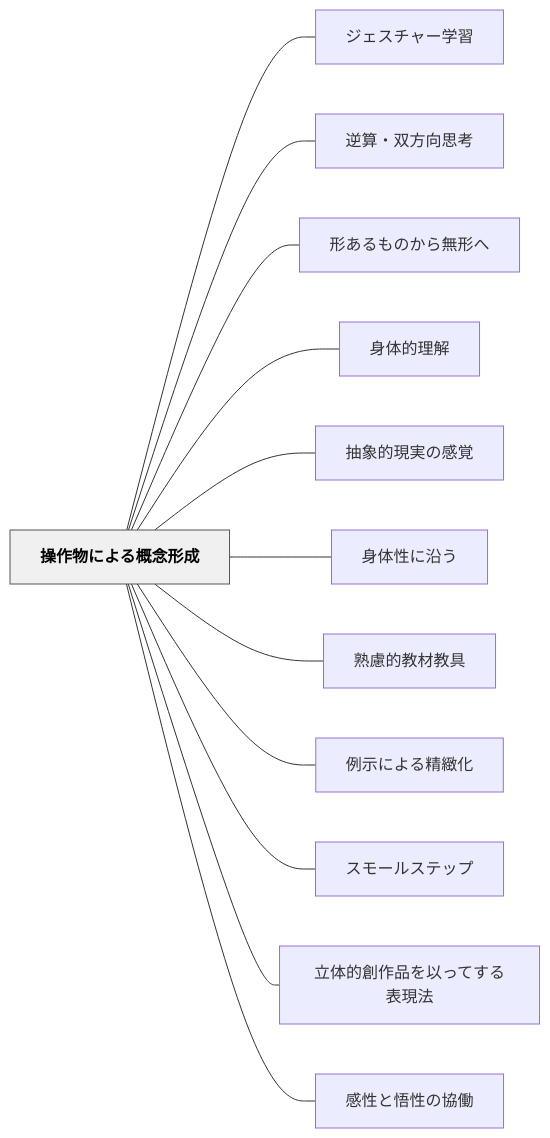
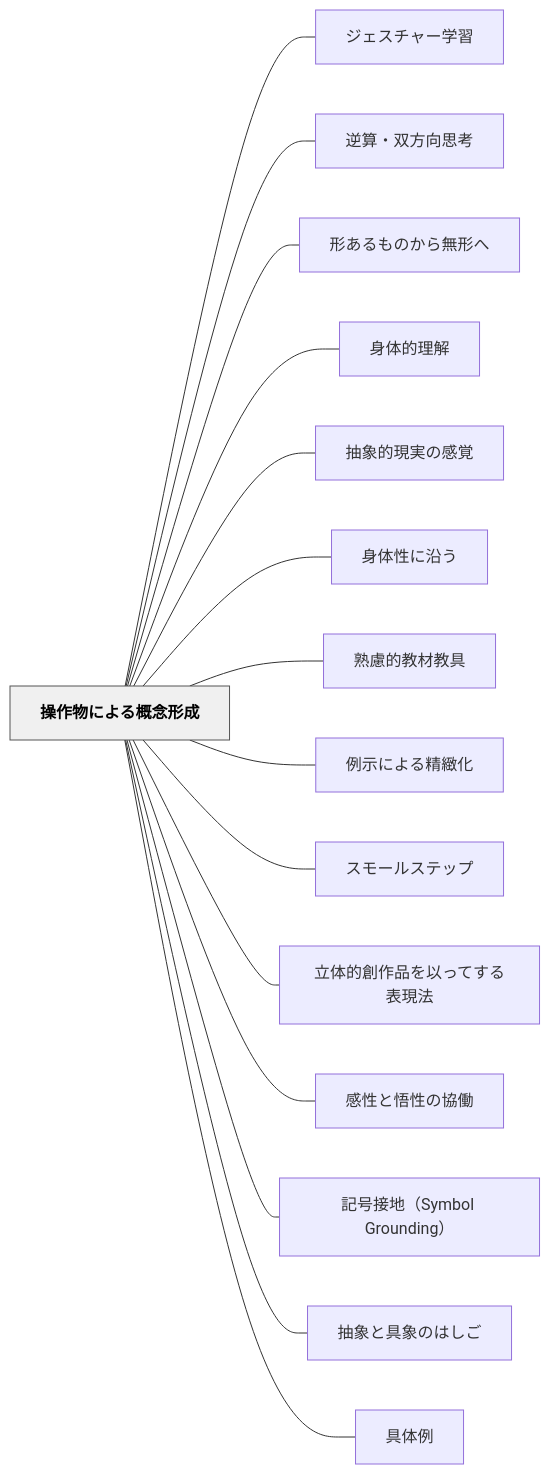
The diagram in content/パタン/操作物による概念形成.md (unknownthings-ed-patterns/unknownthings-ed-patterns), drawn with Mermaid before and after one commit. The commit also changed other lines of this file, not shown here.

````diff
--- a/content/パタン/操作物による概念形成.md
+++ b/content/パタン/操作物による概念形成.md
@@ -51,30 +58,36 @@
 ```mermaid
 flowchart LR
     ne6938de4bd9ce789a9e381abe38288e3828be6a682e5bfb5e5bda2e68890["操作物による概念形成"]
     ne382b8e382a7e382b9e38381e383a3e383bce5ada6e7bf92["ジェスチャー学習"]
     ne98086e7ae97e383bbe58f8ce696b9e59091e6809de88083["逆算・双方向思考"]
     ne5bda2e38182e3828be38282e381aee3818be38289e784a1e5bda2e381b8["形あるものから無形へ"]
     ne8baabe4bd93e79a84e79086e8a7a3["身体的理解"]
     ne68abde8b1a1e79a84e78fbee5ae9fe381aee6849fe8a69a["抽象的現実の感覚"]
     ne8baabe4bd93e680a7e381abe6b2bfe38186["身体性に沿う"]
     ne7869fe685aee79a84e69599e69d90e69599e585b7["熟慮的教材教具"]
     ne4be8be7a4bae381abe38288e3828be7b2bee7b7bbe58c96["例示による精緻化"]
     ne382b9e383a2e383bce383abe382b9e38386e38383e38397["スモールステップ"]
     ne7ab8be4bd93e79a84e589b5e4bd9ce59381e38292e4bba5e381a3e381a6e38199e3828be8a1a8e78fbee6b395["立体的創作品を以ってする表現法"]
     ne6849fe680a7e381a8e6829fe680a7e381aee58d94e5838d["感性と悟性の協働"]
+    ne8a898e58fb7e68ea5e59cb0efbc8853796d626f6c2047726f756e64696e67efbc89["記号接地（Symbol Grounding）"]
+    ne68abde8b1a1e381a8e585b7e8b1a1e381aee381afe38197e38194["抽象と具象のはしご"]
+    ne585b7e4bd93e4be8b["具体例"]
 
     ne6938de4bd9ce789a9e381abe38288e3828be6a682e5bfb5e5bda2e68890 --- ne382b8e382a7e382b9e38381e383a3e383bce5ada6e7bf92
     ne6938de4bd9ce789a9e381abe38288e3828be6a682e5bfb5e5bda2e68890 --- ne98086e7ae97e383bbe58f8ce696b9e59091e6809de88083
     ne6938de4bd9ce789a9e381abe38288e3828be6a682e5bfb5e5bda2e68890 --- ne5bda2e38182e3828be38282e381aee3818be38289e784a1e5bda2e381b8
     ne6938de4bd9ce789a9e381abe38288e3828be6a682e5bfb5e5bda2e68890 --- ne8baabe4bd93e79a84e79086e8a7a3
     ne6938de4bd9ce789a9e381abe38288e3828be6a682e5bfb5e5bda2e68890 --- ne68abde8b1a1e79a84e78fbee5ae9fe381aee6849fe8a69a
     ne6938de4bd9ce789a9e381abe38288e3828be6a682e5bfb5e5bda2e68890 --- ne8baabe4bd93e680a7e381abe6b2bfe38186
     ne6938de4bd9ce789a9e381abe38288e3828be6a682e5bfb5e5bda2e68890 --- ne7869fe685aee79a84e69599e69d90e69599e585b7
     ne6938de4bd9ce789a9e381abe38288e3828be6a682e5bfb5e5bda2e68890 --- ne4be8be7a4bae381abe38288e3828be7b2bee7b7bbe58c96
     ne6938de4bd9ce789a9e381abe38288e3828be6a682e5bfb5e5bda2e68890 --- ne382b9e383a2e383bce383abe382b9e38386e38383e38397
     ne6938de4bd9ce789a9e381abe38288e3828be6a682e5bfb5e5bda2e68890 --- ne7ab8be4bd93e79a84e589b5e4bd9ce59381e38292e4bba5e381a3e381a6e38199e3828be8a1a8e78fbee6b395
     ne6938de4bd9ce789a9e381abe38288e3828be6a682e5bfb5e5bda2e68890 --- ne6849fe680a7e381a8e6829fe680a7e381aee58d94e5838d
+    ne6938de4bd9ce789a9e381abe38288e3828be6a682e5bfb5e5bda2e68890 --- ne8a898e58fb7e68ea5e59cb0efbc8853796d626f6c2047726f756e64696e67efbc89
+    ne6938de4bd9ce789a9e381abe38288e3828be6a682e5bfb5e5bda2e68890 --- ne68abde8b1a1e381a8e585b7e8b1a1e381aee381afe38197e38194
+    ne6938de4bd9ce789a9e381abe38288e3828be6a682e5bfb5e5bda2e68890 --- ne585b7e4bd93e4be8b
 
     classDef hub fill:#f0f0f0,stroke:#555,color:#000,font-weight:bold
     class ne6938de4bd9ce789a9e381abe38288e3828be6a682e5bfb5e5bda2e68890 hub
 ```
````
